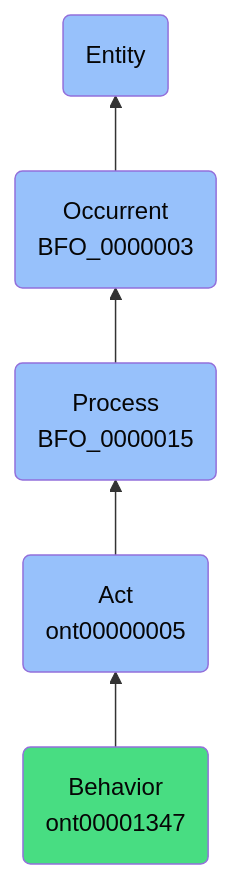
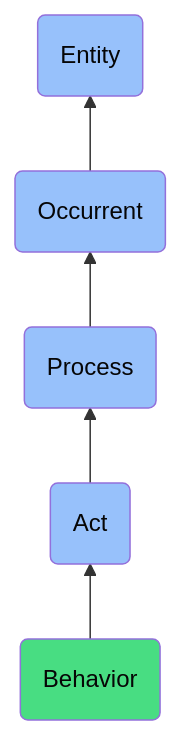
One commit to jupyter-naas/abi changed the diagram in docs/ontology/reference/model/Entity/Occurrent/Process/Act/Behavior/Behavior.md. Above: the diagram before and after it, drawn with Mermaid. The commit also changed other lines of this file and 1430 other files, not shown here.

````diff
--- a/docs/ontology/reference/model/Entity/Occurrent/Process/Act/Behavior/Behavior.md
+++ b/docs/ontology/reference/model/Entity/Occurrent/Process/Act/Behavior/Behavior.md
@@ -24,12 +24,12 @@
 ```mermaid
 graph BT
-    ont00001347(Behavior<br>ont00001347):::ABI-->ont00000005
-    ont00000005(Act<br>ont00000005):::BFO-->BFO_0000015
-    BFO_0000015(Process<br>BFO_0000015):::BFO-->BFO_0000003
-    BFO_0000003(Occurrent<br>BFO_0000003):::BFO-->BFO_0000001
+    ont00001347(Behavior):::ABI-->ont00000005
+    ont00000005(Act):::BFO-->BFO_0000015
+    BFO_0000015(Process):::BFO-->BFO_0000003
+    BFO_0000003(Occurrent):::BFO-->BFO_0000001
     BFO_0000001(Entity):::BFO
     
     classDef BFO fill:#97c1fb,color:#060606
     classDef CCO fill:#e4c51e,color:#060606
     classDef ABI fill:#48DD82,color:#060606
 ```
````
